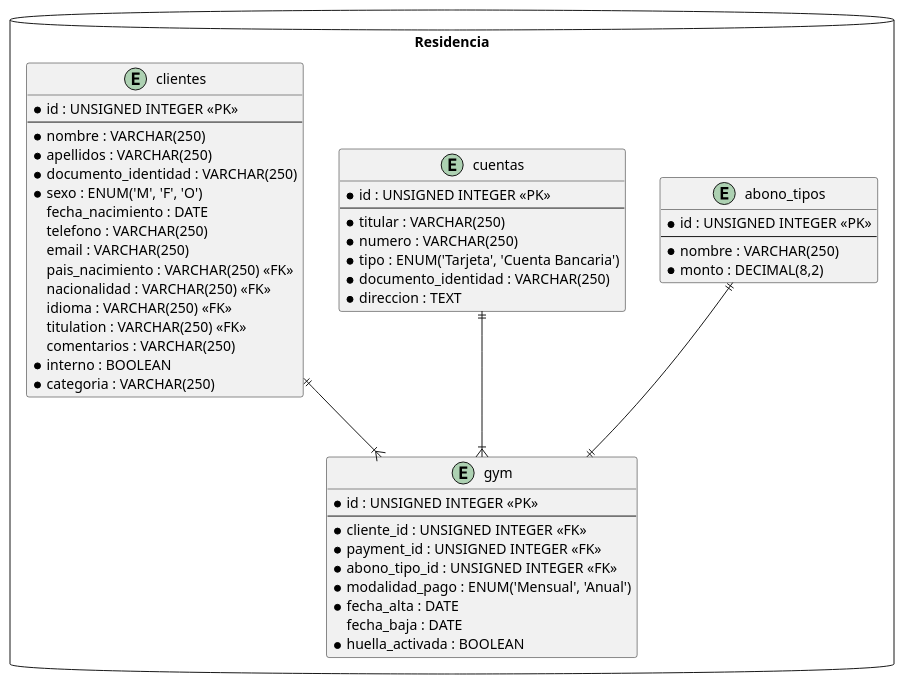
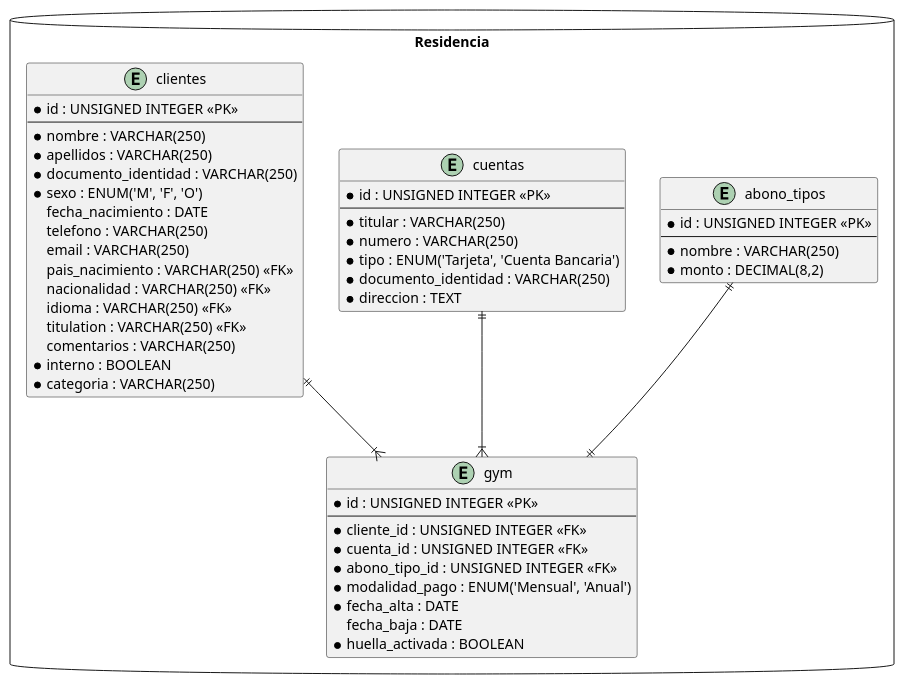
Before and after one commit to josueMerino/TFG-Docs: the diagram in gimnasio/diagramaFisicoBD.plantuml, drawn with PlantUML. The commit also changed 1 other file, not shown here.

```diff
--- a/gimnasio/diagramaFisicoBD.plantuml
+++ b/gimnasio/diagramaFisicoBD.plantuml
@@ -1,59 +1,59 @@
 @startuml
 package Residencia <<Database>>
 {
 
   entity abono_tipos{
     *id : UNSIGNED INTEGER <<PK>>
     --
     *nombre : VARCHAR(250)
     *monto : DECIMAL(8,2)
   }
 
 
   entity cuentas {
     *id : UNSIGNED INTEGER <<PK>>
     --
     *titular : VARCHAR(250)
     *numero : VARCHAR(250)
     *tipo : ENUM('Tarjeta', 'Cuenta Bancaria')
     *documento_identidad : VARCHAR(250)
     *direccion : TEXT
   }
 
   entity gym {
     *id : UNSIGNED INTEGER <<PK>>
     --
     *cliente_id : UNSIGNED INTEGER <<FK>>
-    *payment_id : UNSIGNED INTEGER <<FK>>
+    *cuenta_id : UNSIGNED INTEGER <<FK>>
     *abono_tipo_id : UNSIGNED INTEGER <<FK>>
     *modalidad_pago : ENUM('Mensual', 'Anual')
     *fecha_alta : DATE
     fecha_baja : DATE
     *huella_activada : BOOLEAN
   }
 
   entity clientes {
   *id : UNSIGNED INTEGER <<PK>>
   --
   *nombre : VARCHAR(250)
   *apellidos : VARCHAR(250)
   *documento_identidad : VARCHAR(250)
   *sexo : ENUM('M', 'F', 'O')
   fecha_nacimiento : DATE
   telefono : VARCHAR(250)
   email : VARCHAR(250)
   pais_nacimiento : VARCHAR(250) <<FK>> 
   nacionalidad : VARCHAR(250) <<FK>> 
   idioma : VARCHAR(250) <<FK>> 
   titulation : VARCHAR(250) <<FK>> 
   comentarios : VARCHAR(250)
   *interno : BOOLEAN
   *categoria : VARCHAR(250)
 }
 
 cuentas ||--|{ gym
 clientes ||--|{ gym
 abono_tipos ||--|| gym
 }
 
 @enduml
```
